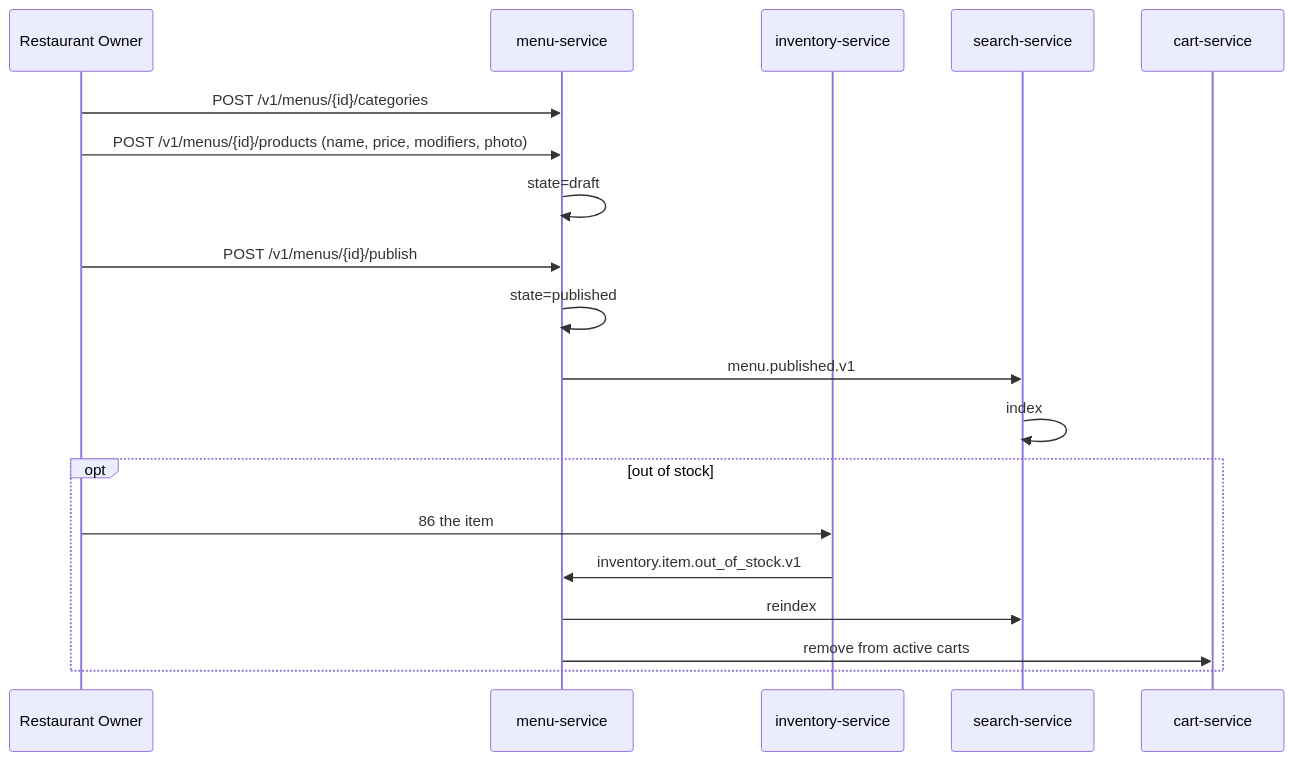
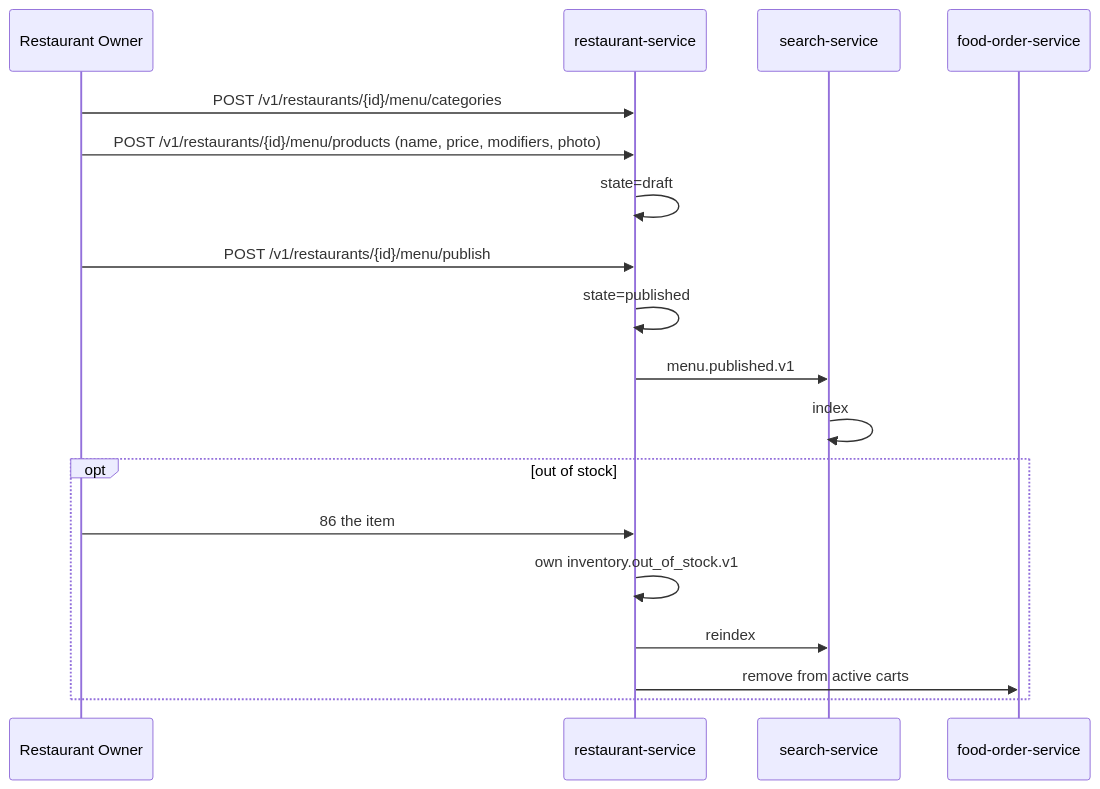
The fourth of 10 diagrams in docs/workflows/MERCHANT_WORKFLOWS.md (mohamedhabibwork/trips-enjoy-docs), drawn with Mermaid before and after one commit. The commit also changed other lines of this file and 525 other files, not shown here.

````diff
--- a/docs/workflows/MERCHANT_WORKFLOWS.md
+++ b/docs/workflows/MERCHANT_WORKFLOWS.md
@@ -94,22 +94,21 @@
 ```mermaid
 sequenceDiagram
     participant OWN as Restaurant Owner
-    participant MN as menu-service
-    participant INV as inventory-service
+    participant RES as restaurant-service
     participant SR as search-service
-    participant CRT as cart-service
+    participant FOR as food-order-service
 
-    OWN->>MN: POST /v1/menus/{id}/categories
-    OWN->>MN: POST /v1/menus/{id}/products (name, price, modifiers, photo)
-    MN->>MN: state=draft
-    OWN->>MN: POST /v1/menus/{id}/publish
-    MN->>MN: state=published
-    MN->>SR: menu.published.v1
+    OWN->>RES: POST /v1/restaurants/{id}/menu/categories
+    OWN->>RES: POST /v1/restaurants/{id}/menu/products (name, price, modifiers, photo)
+    RES->>RES: state=draft
+    OWN->>RES: POST /v1/restaurants/{id}/menu/publish
+    RES->>RES: state=published
+    RES->>SR: menu.published.v1
     SR->>SR: index
     opt out of stock
-        OWN->>INV: 86 the item
-        INV->>MN: inventory.item.out_of_stock.v1
-        MN->>SR: reindex
-        MN->>CRT: remove from active carts
+        OWN->>RES: 86 the item
+        RES->>RES: own inventory.out_of_stock.v1
+        RES->>SR: reindex
+        RES->>FOR: remove from active carts
     end
 ```
````
